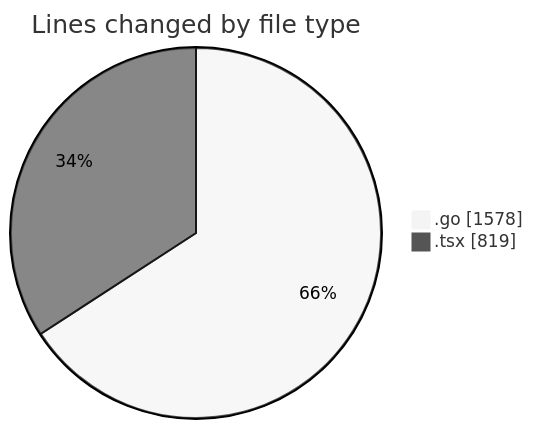
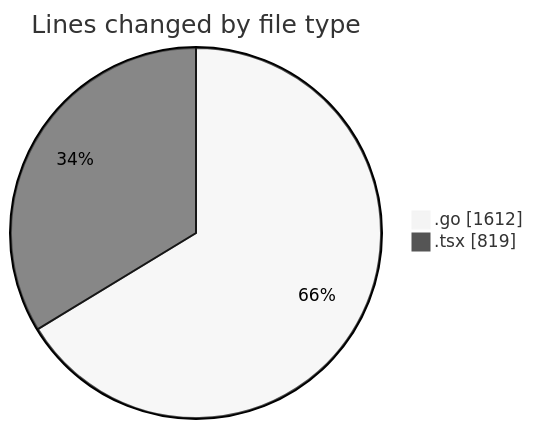
Before and after one commit to robertbonfada/code-tracking: the first of 2 diagrams in 2025-03-10/termonied_testador/README.md, drawn with Mermaid (neutral theme). The commit also changed other lines of this file and 1 other file, not shown here.

````diff
--- a/2025-03-10/termonied_testador/README.md
+++ b/2025-03-10/termonied_testador/README.md
@@ -27,6 +28,6 @@
 ```mermaid
 pie showData
 title Lines changed by file type
-".go" : 1578
+".go" : 1612
 ".tsx" : 819
 ```
````
